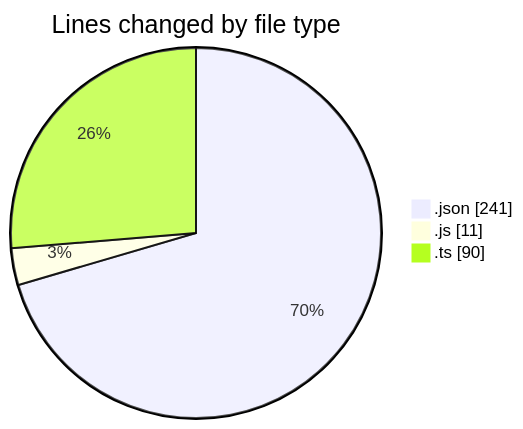
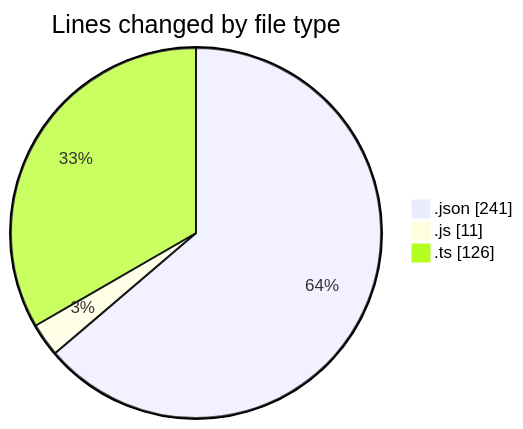
The first of 2 diagrams in 2025-05-12/news-clock-system-caspercg/README.md (momahboobian/code-tracking), drawn with Mermaid before and after one commit. The commit also changed other lines of this file and 1 other file, not shown here.

````diff
--- a/2025-05-12/news-clock-system-caspercg/README.md
+++ b/2025-05-12/news-clock-system-caspercg/README.md
@@ -23,7 +23,7 @@
 ```mermaid
 pie showData
 title Lines changed by file type
 ".json" : 241
 ".js" : 11
-".ts" : 90
+".ts" : 126
 ```
````
